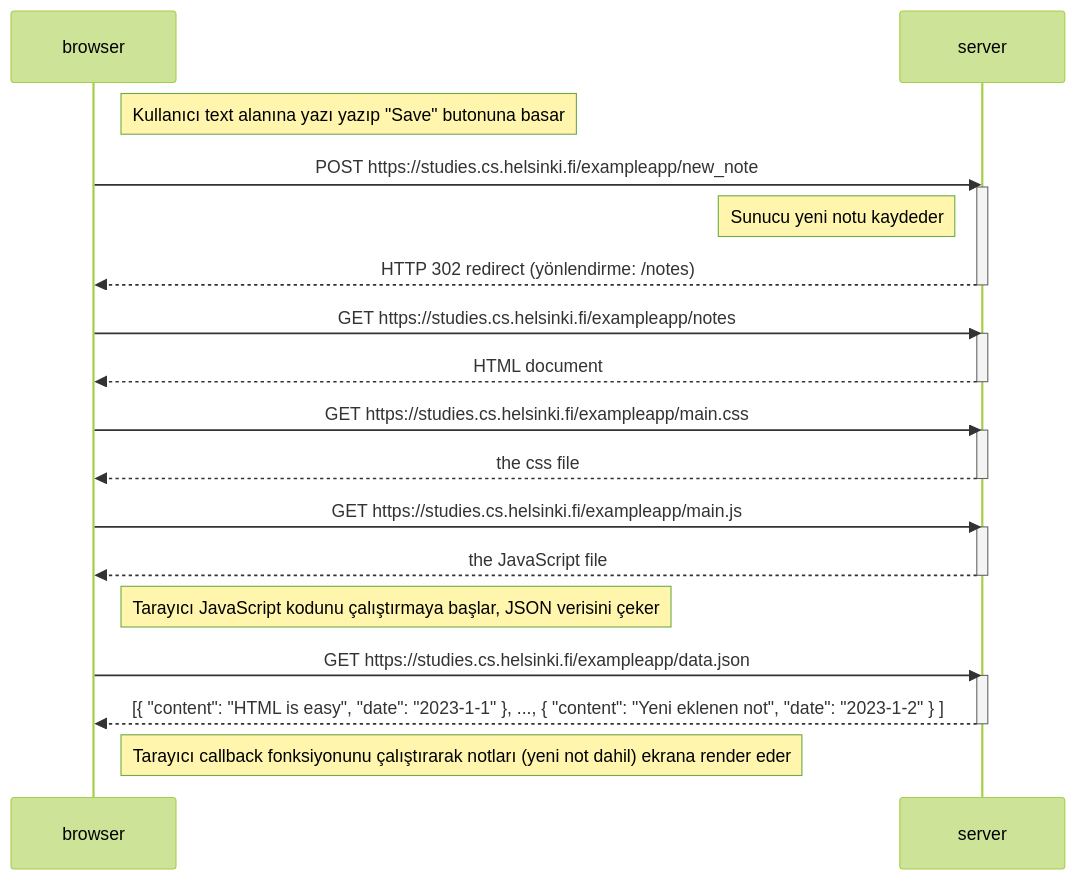
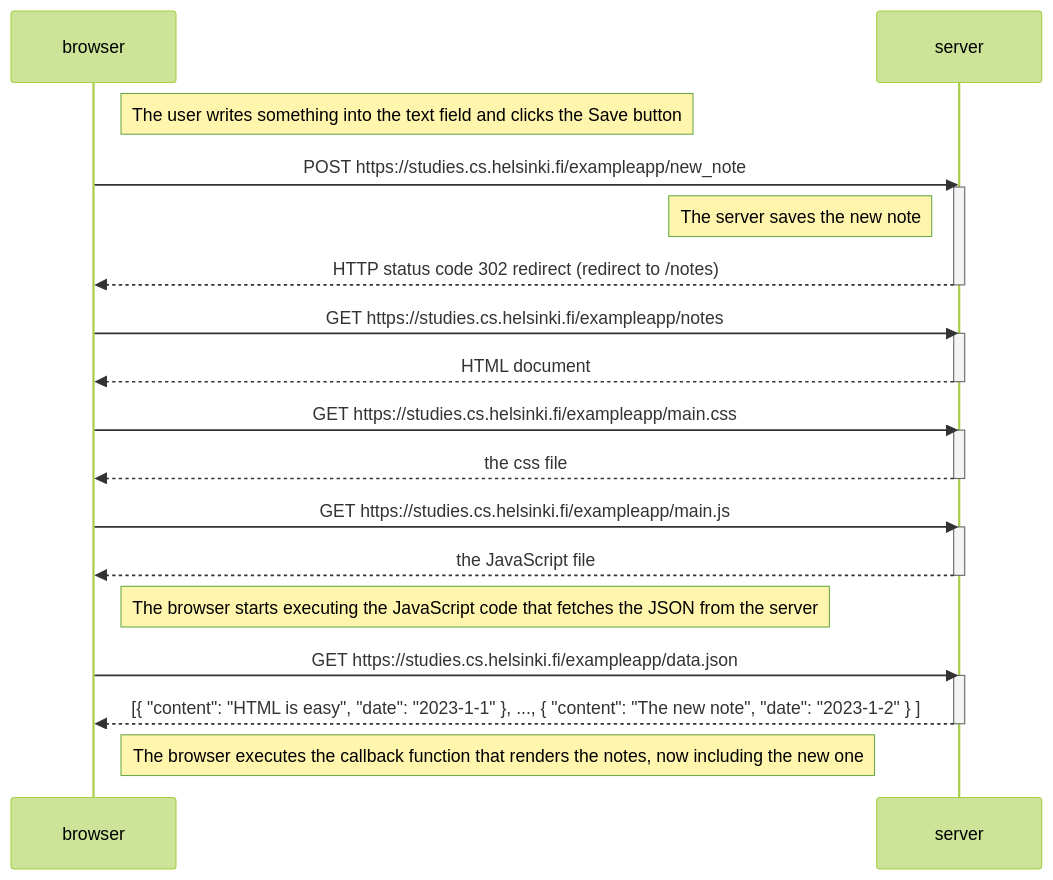
One commit to iremcnar/fullstackopen changed the diagram in part0/0.4.md. Above: the diagram before and after it, drawn with Mermaid (forest theme).

````diff
--- a/part0/0.4.md
+++ b/part0/0.4.md
@@ -1,37 +1,37 @@
 ```mermaid
 sequenceDiagram
     participant browser
     participant server
 
-    Note right of browser: Kullanıcı text alanına yazı yazıp "Save" butonuna basar
+    Note right of browser: The user writes something into the text field and clicks the Save button
 
     browser->>server: POST https://studies.cs.helsinki.fi/exampleapp/new_note
     activate server
-    Note left of server: Sunucu yeni notu kaydeder
-    server-->>browser: HTTP 302 redirect (yönlendirme: /notes)
+    Note left of server: The server saves the new note
+    server-->>browser: HTTP status code 302 redirect (redirect to /notes)
     deactivate server
 
     browser->>server: GET https://studies.cs.helsinki.fi/exampleapp/notes
     activate server
     server-->>browser: HTML document
     deactivate server
 
     browser->>server: GET https://studies.cs.helsinki.fi/exampleapp/main.css
     activate server
     server-->>browser: the css file
     deactivate server
 
     browser->>server: GET https://studies.cs.helsinki.fi/exampleapp/main.js
     activate server
     server-->>browser: the JavaScript file
     deactivate server
 
-    Note right of browser: Tarayıcı JavaScript kodunu çalıştırmaya başlar, JSON verisini çeker
+    Note right of browser: The browser starts executing the JavaScript code that fetches the JSON from the server
 
     browser->>server: GET https://studies.cs.helsinki.fi/exampleapp/data.json
     activate server
-    server-->>browser: [{ "content": "HTML is easy", "date": "2023-1-1" }, ..., { "content": "Yeni eklenen not", "date": "2023-1-2" } ]
+    server-->>browser: [{ "content": "HTML is easy", "date": "2023-1-1" }, ..., { "content": "The new note", "date": "2023-1-2" } ]
     deactivate server
 
-    Note right of browser: Tarayıcı callback fonksiyonunu çalıştırarak notları (yeni not dahil) ekrana render eder
+    Note right of browser: The browser executes the callback function that renders the notes, now including the new one
 ```
````
